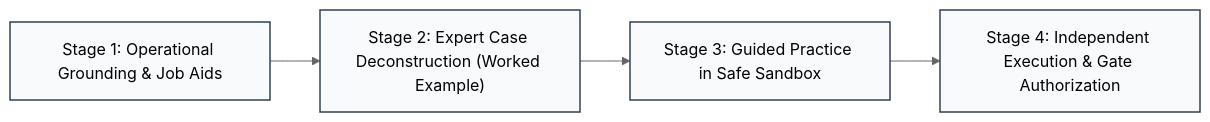
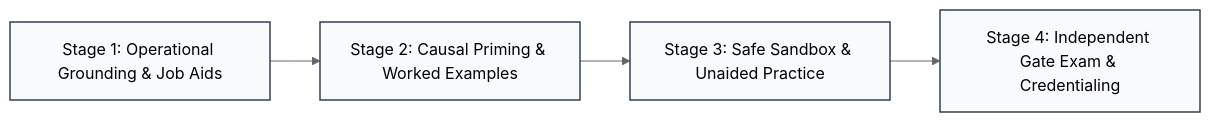
Before and after one commit to ihkaru/flashlearn: the diagram in docs/architecture/01_introduction_and_goals.md, drawn with Mermaid (neutral theme). The commit also changed other lines of this file and 69 other files, not shown here.

````diff
--- a/docs/architecture/01_introduction_and_goals.md
+++ b/docs/architecture/01_introduction_and_goals.md
@@ -33,9 +33,9 @@
 ```mermaid
 flowchart LR
-    S1["Stage 1: Operational Grounding & Job Aids"] --> S2["Stage 2: Expert Case Deconstruction (Worked Example)"]
-    S2 --> S3["Stage 3: Guided Practice in Safe Sandbox"]
-    S3 --> S4["Stage 4: Independent Execution & Gate Authorization"]
-    
+    S1["Stage 1: Operational Grounding & Job Aids"] --> S2["Stage 2: Causal Priming & Worked Examples"]
+    S2 --> S3["Stage 3: Safe Sandbox & Unaided Practice"]
+    S3 --> S4["Stage 4: Independent Gate Exam & Credentialing"]
+
     classDef stage fill:#f8fafc,stroke:#334155,stroke-width:1.5px;
     class S1,S2,S3,S4 stage;
 ```
````
